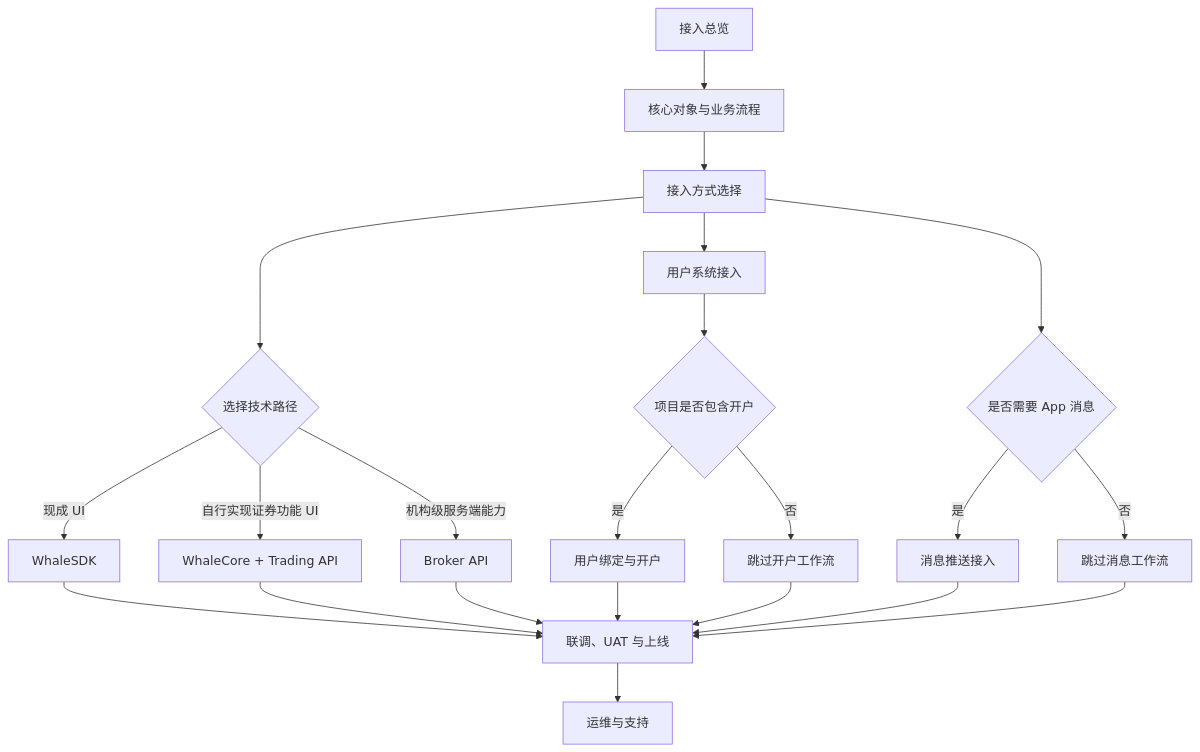
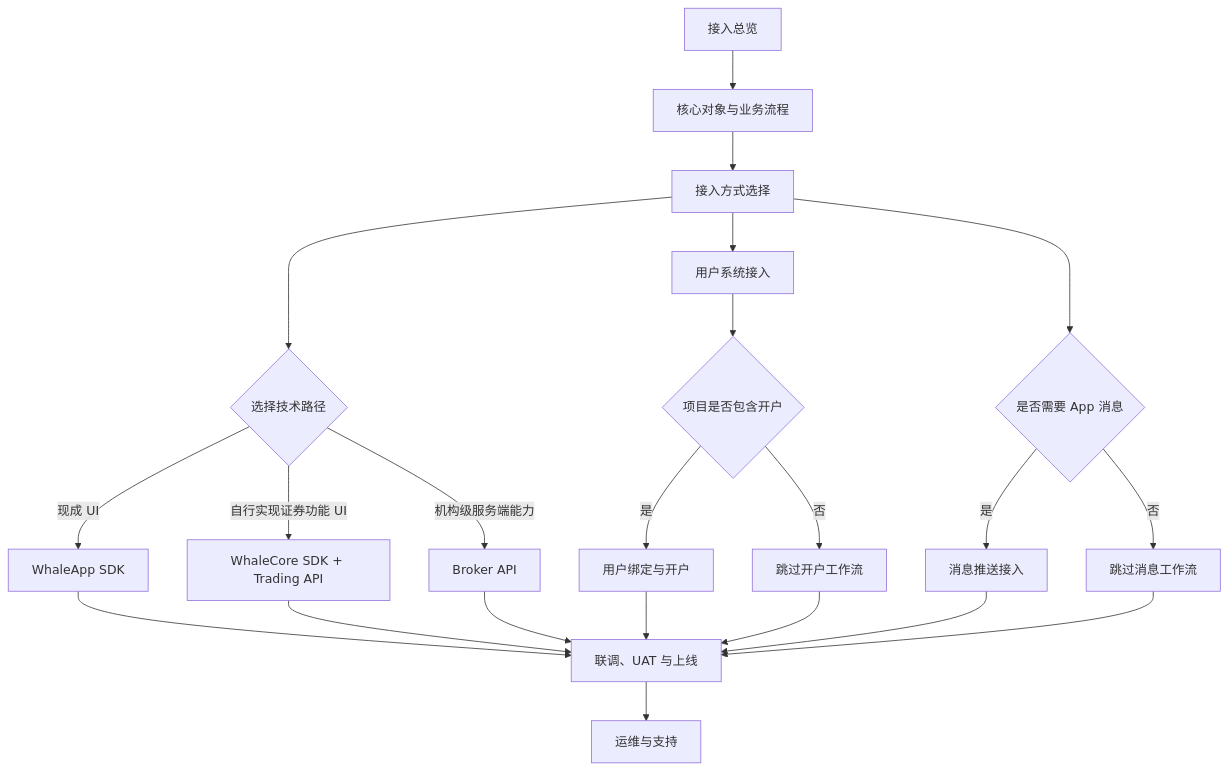
One commit to longbridge/whale-docs changed the first of 2 diagrams in cn/docs/broker-onboarding.mdx. Above: the diagram before and after it, drawn with Mermaid. The commit also changed other lines of this file and 50 other files, not shown here.

Commit message:
docs: define Whale SDK product hierarchy

````diff
--- a/cn/docs/broker-onboarding.mdx
+++ b/cn/docs/broker-onboarding.mdx
@@ -14,24 +14,24 @@
 ```mermaid
 flowchart TD
     A[接入总览] --> B[核心对象与业务流程]
     B --> C[接入方式选择]
     C --> D{选择技术路径}
-    D -->|现成 UI| E[WhaleSDK]
-    D -->|自行实现证券功能 UI| F[WhaleCore + Trading API]
+    D -->|现成 UI| E[WhaleApp SDK]
+    D -->|自行实现证券功能 UI| F[WhaleCore SDK + Trading API]
     D -->|机构级服务端能力| G[Broker API]
     C --> H[用户系统接入]
     H --> I{项目是否包含开户}
     I -->|是| J[用户绑定与开户]
     I -->|否| K[跳过开户工作流]
     C --> L{是否需要 App 消息}
     L -->|是| M[消息推送接入]
     L -->|否| N[跳过消息工作流]
     E --> O[联调、UAT 与上线]
     F --> O
     G --> O
     J --> O
     K --> O
     M --> O
     N --> O
     O --> P[运维与支持]
 ```
````
